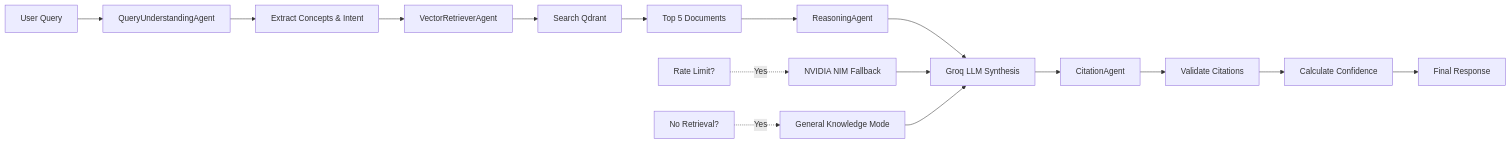
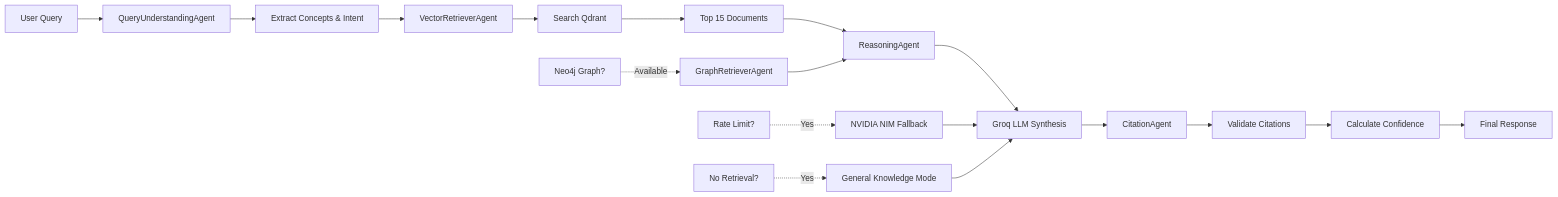
Before and after one commit to NalgondaLokesh/AyurPedia: the second of 2 diagrams in README.md, drawn with Mermaid. The commit also changed other lines of this file and 9 other files, not shown here.

````diff
--- a/README.md
+++ b/README.md
@@ -73,20 +80,23 @@
 ```mermaid
 graph LR
     A[User Query] --> B[QueryUnderstandingAgent]
     B --> C[Extract Concepts & Intent]
     C --> D[VectorRetrieverAgent]
     D --> E[Search Qdrant]
-    E --> F[Top 5 Documents]
+    E --> F[Top 15 Documents]
     F --> G[ReasoningAgent]
     G --> H[Groq LLM Synthesis]
     H --> I[CitationAgent]
     I --> J[Validate Citations]
     J --> K[Calculate Confidence]
     K --> L[Final Response]
     
     M[Rate Limit?] -.->|Yes| N[NVIDIA NIM Fallback]
     N --> H
     
     O[No Retrieval?] -.->|Yes| P[General Knowledge Mode]
     P --> H
+    
+    Q[Neo4j Graph?] -.->|Available| R[GraphRetrieverAgent]
+    R --> G
 ```
````
